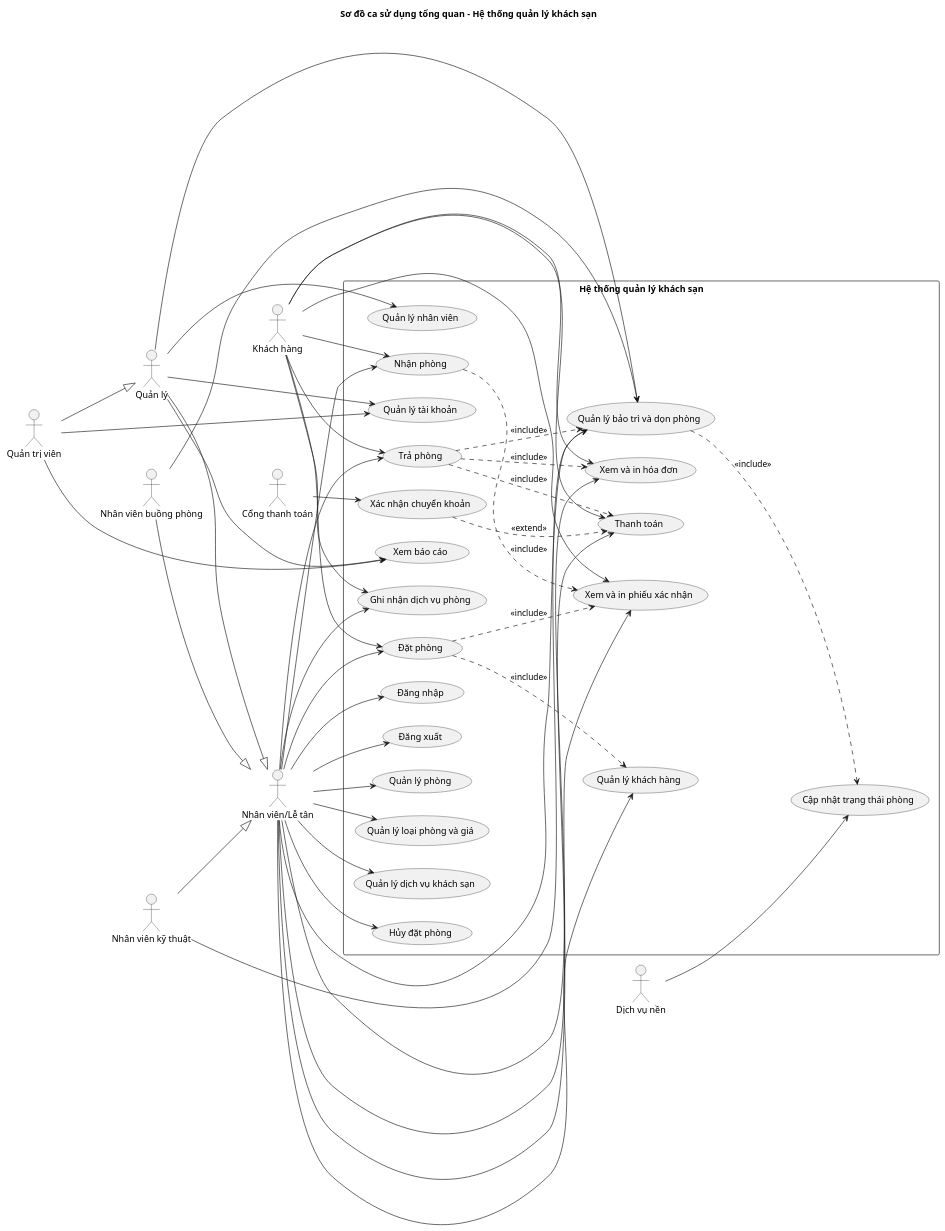
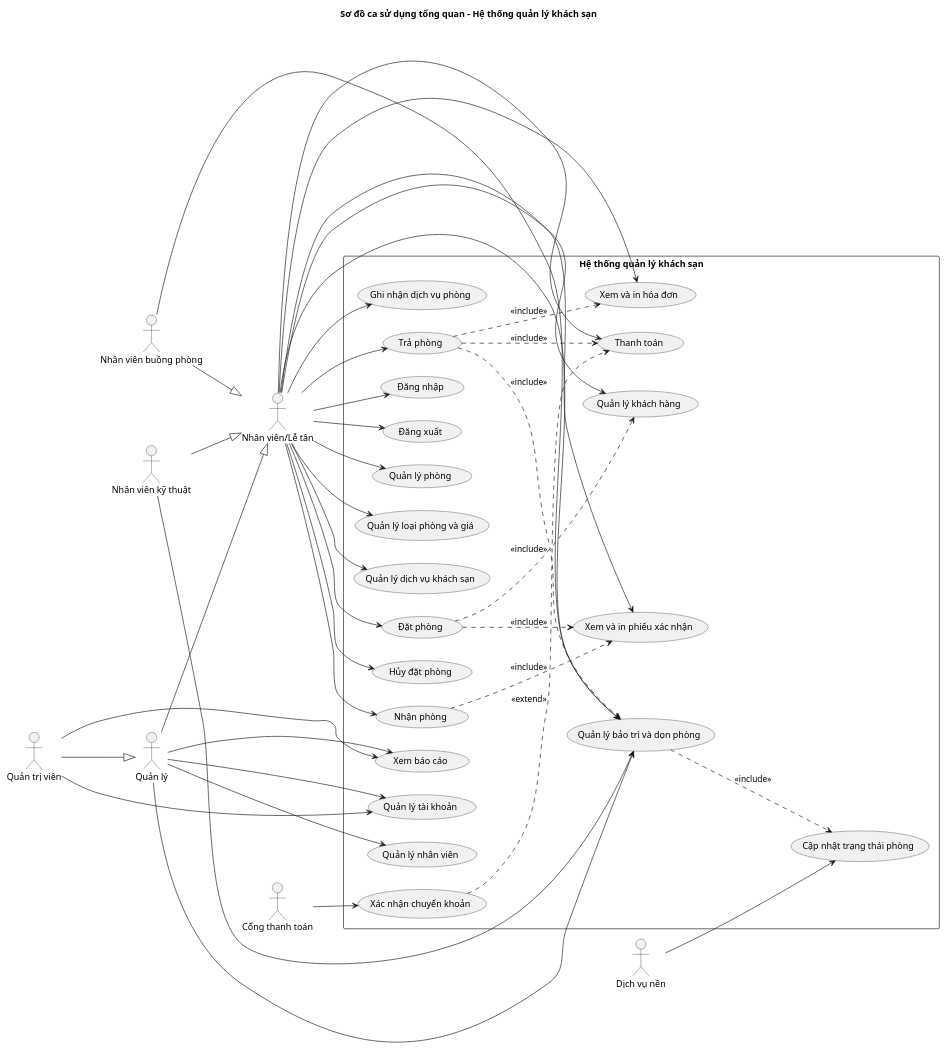
Before and after one commit to hieud3663/UHotel: the diagram in docs/uml/plantuml/usecase/UseCase_TongQuan_HeThongQuanLyKhachSan.puml, drawn with PlantUML. The commit also changed 26 other files, not shown here.

```diff
--- a/docs/uml/plantuml/usecase/UseCase_TongQuan_HeThongQuanLyKhachSan.puml
+++ b/docs/uml/plantuml/usecase/UseCase_TongQuan_HeThongQuanLyKhachSan.puml
@@ -1,85 +1,77 @@
 @startuml UseCase_TongQuan_HeThongQuanLyKhachSan
 left to right direction
 skinparam shadowing false
 title Sơ đồ ca sử dụng tổng quan - Hệ thống quản lý khách sạn
 
-actor "Khách hàng" as Customer
 actor "Nhân viên/Lễ tân" as Staff
 actor "Quản lý" as Manager
 actor "Nhân viên buồng phòng" as Housekeeper
 actor "Nhân viên kỹ thuật" as Technician
 actor "Quản trị viên" as Admin
 actor "Cổng thanh toán" as Gateway
 actor "Dịch vụ nền" as Background
 
 Manager --|> Staff
 Admin --|> Manager
 Housekeeper --|> Staff
 Technician --|> Staff
 
 rectangle "Hệ thống quản lý khách sạn" {
   usecase "Đăng nhập" as UC_Login
   usecase "Đăng xuất" as UC_Logout
   usecase "Quản lý khách hàng" as UC_Customer
   usecase "Quản lý nhân viên" as UC_Employee
   usecase "Quản lý tài khoản" as UC_Account
   usecase "Quản lý phòng" as UC_Room
   usecase "Quản lý loại phòng và giá" as UC_RoomCategory
   usecase "Quản lý dịch vụ khách sạn" as UC_Service
   usecase "Đặt phòng" as UC_Reservation
   usecase "Hủy đặt phòng" as UC_Cancel
   usecase "Nhận phòng" as UC_CheckIn
   usecase "Ghi nhận dịch vụ phòng" as UC_RoomService
   usecase "Quản lý bảo trì và dọn phòng" as UC_MaintenanceCleaning
   usecase "Trả phòng" as UC_CheckOut
   usecase "Thanh toán" as UC_Payment
   usecase "Xem và in hóa đơn" as UC_Invoice
   usecase "Xem và in phiếu xác nhận" as UC_Receipt
   usecase "Xem báo cáo" as UC_Report
   usecase "Cập nhật trạng thái phòng" as UC_StatusUpdate
   usecase "Xác nhận chuyển khoản" as UC_Webhook
 }
 
 Staff --> UC_Login
 Staff --> UC_Logout
 Staff --> UC_Customer
 Staff --> UC_Room
 Staff --> UC_RoomCategory
 Staff --> UC_Service
 Staff --> UC_Reservation
 Staff --> UC_Cancel
 Staff --> UC_CheckIn
 Staff --> UC_RoomService
 Staff --> UC_MaintenanceCleaning
 Staff --> UC_CheckOut
 Staff --> UC_Payment
 Staff --> UC_Invoice
 Staff --> UC_Receipt
 
 Manager --> UC_Employee
 Manager --> UC_Account
 Manager --> UC_MaintenanceCleaning
 Manager --> UC_Report
 Housekeeper --> UC_MaintenanceCleaning
 Technician --> UC_MaintenanceCleaning
 Admin --> UC_Account
 Admin --> UC_Report
-Customer --> UC_Reservation
-Customer --> UC_CheckIn
-Customer --> UC_RoomService
-Customer --> UC_CheckOut
-Customer --> UC_Payment
-Customer --> UC_Invoice
-Customer --> UC_Receipt
 Gateway --> UC_Webhook
 Background --> UC_StatusUpdate
 
 UC_Reservation ..> UC_Customer : <<include>>
 UC_Reservation ..> UC_Receipt : <<include>>
 UC_CheckIn ..> UC_Receipt : <<include>>
 UC_CheckOut ..> UC_Payment : <<include>>
 UC_CheckOut ..> UC_Invoice : <<include>>
 UC_CheckOut ..> UC_MaintenanceCleaning : <<include>>
 UC_MaintenanceCleaning ..> UC_StatusUpdate : <<include>>
 UC_Webhook ..> UC_Payment : <<extend>>
 @enduml
```
